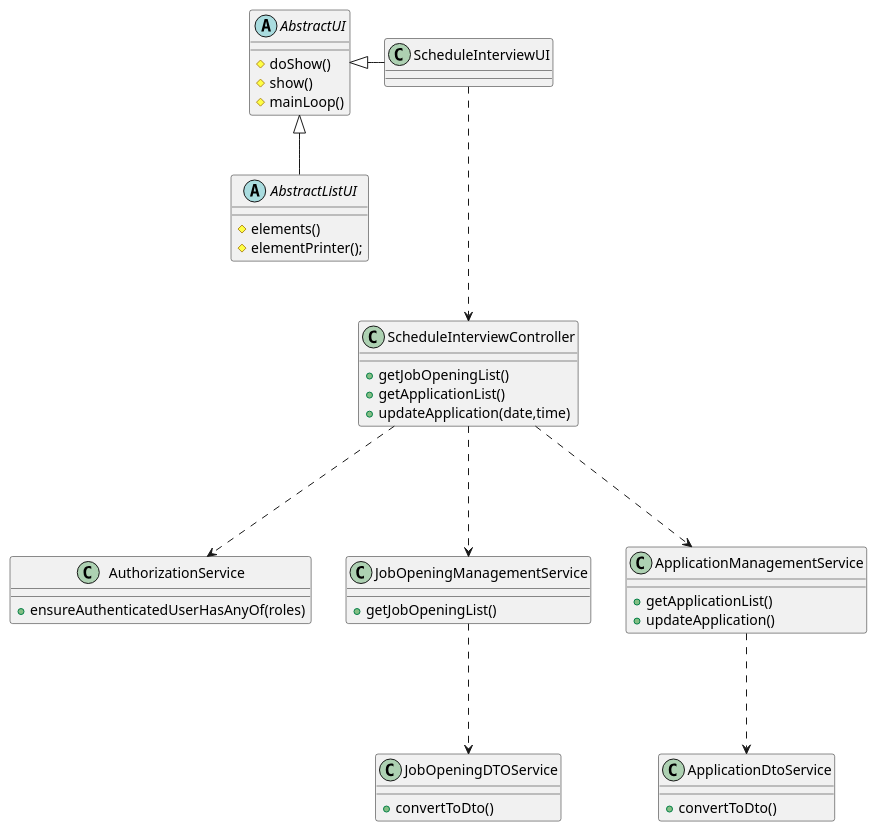
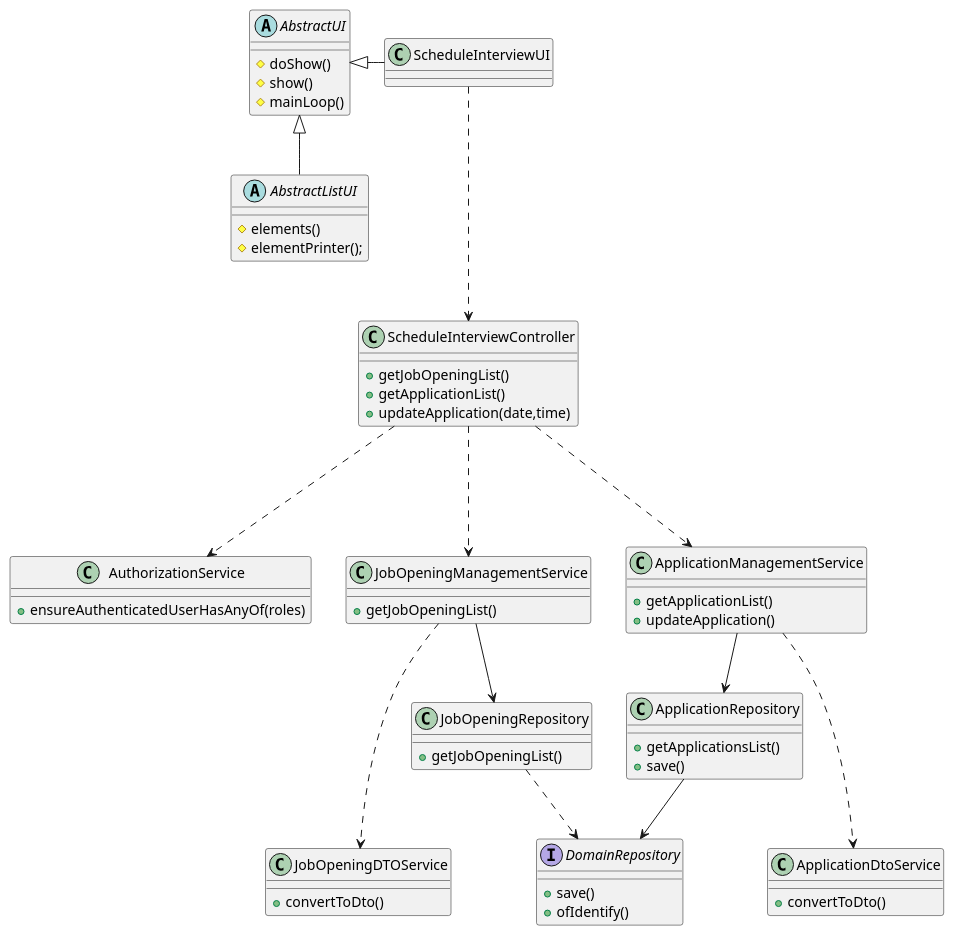
Before and after one commit to rita-barbosa/LAPR4-2324: the diagram in docs/sprint-c/us_1014/cd/cd-us-1014.puml, drawn with PlantUML. The commit also changed 3 other files, not shown here.

```diff
--- a/docs/sprint-c/us_1014/cd/cd-us-1014.puml
+++ b/docs/sprint-c/us_1014/cd/cd-us-1014.puml
@@ -1,56 +1,74 @@
 @startuml
 
 
 ' Services
 
 abstract class AbstractUI {
     # doShow()
     # show()
     # mainLoop()
 }
 abstract class AbstractListUI{
     # elements()
     # elementPrinter();
 }
 class ScheduleInterviewUI {
 
 }
 class AuthorizationService {
     + ensureAuthenticatedUserHasAnyOf(roles)
 }
 
 class JobOpeningManagementService {
     + getJobOpeningList()
 }
 class JobOpeningDTOService {
     + convertToDto()
 }
 class ApplicationManagementService {
     + getApplicationList()
     + updateApplication()
 }
 class ApplicationDtoService {
     + convertToDto()
 }
 
 class ScheduleInterviewController  {
 + getJobOpeningList()
 + getApplicationList()
 + updateApplication(date,time)
 }
+class JobOpeningRepository{
+    + getJobOpeningList()
 
+}
 
+class ApplicationRepository{
+    + getApplicationsList()
+    + save()
+}
+
+Interface DomainRepository{
+    + save()
+    + ofIdentify()
+}
 
 AbstractUI <|-- AbstractListUI
 AbstractUI <|- ScheduleInterviewUI
 
 
 ScheduleInterviewUI .--> ScheduleInterviewController
 ScheduleInterviewController .--> AuthorizationService
 ScheduleInterviewController .--> ApplicationManagementService
 ScheduleInterviewController .--> JobOpeningManagementService
 
 ApplicationManagementService .--> ApplicationDtoService
+ApplicationManagementService --> ApplicationRepository
 JobOpeningManagementService .--> JobOpeningDTOService
+JobOpeningManagementService --> JobOpeningRepository
+
+JobOpeningRepository ..> DomainRepository
+
+ApplicationRepository --> DomainRepository
 
 @enduml
```
